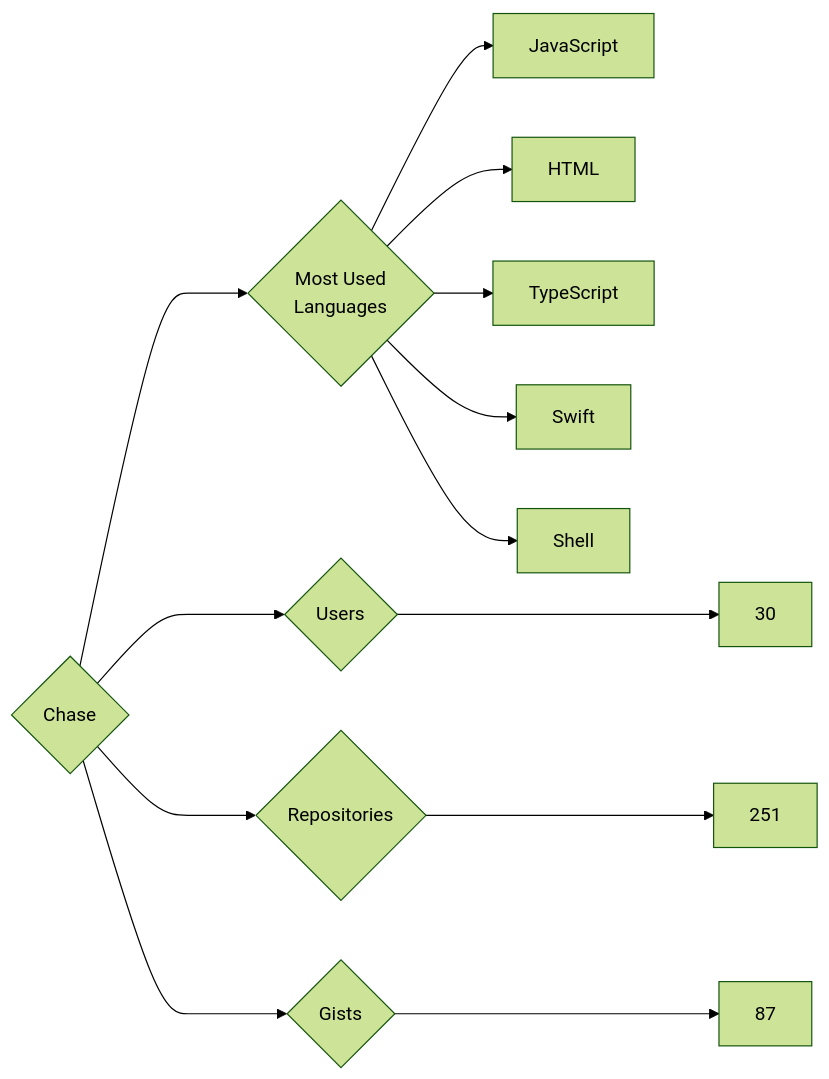
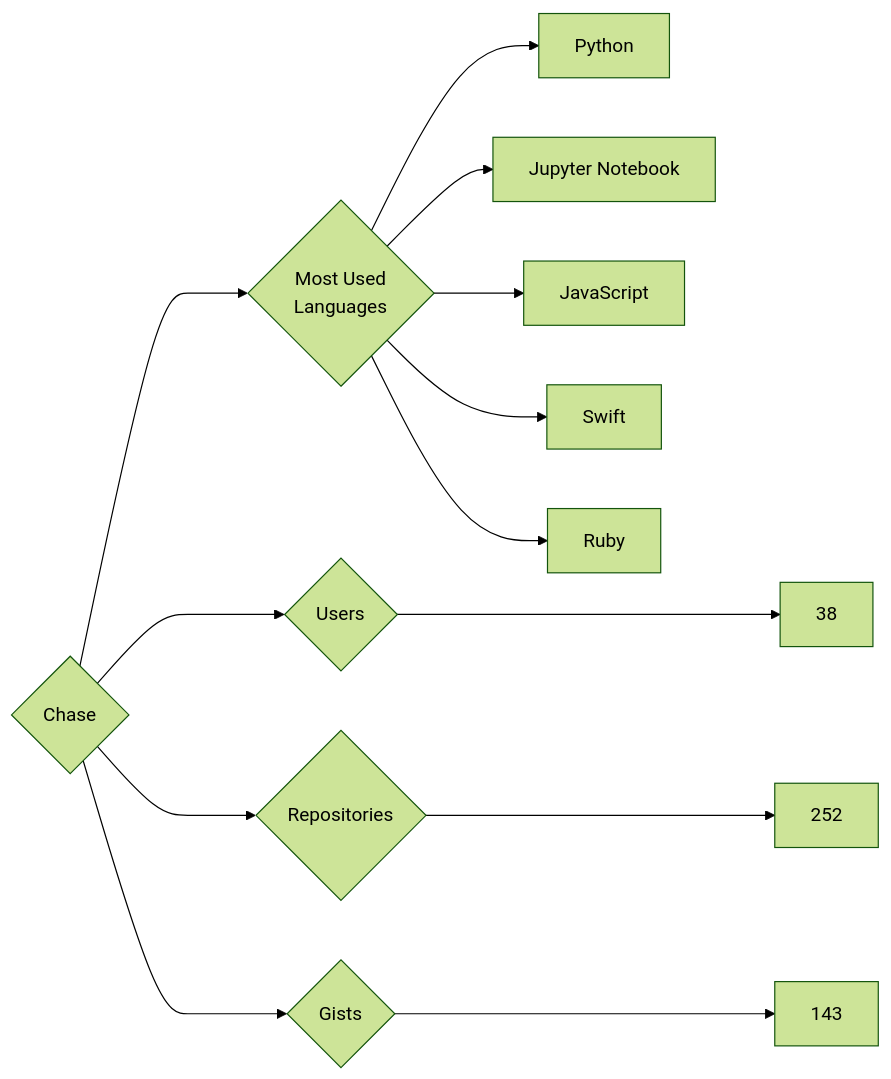
One commit to trickest/insiders changed the diagram in targets/Chase/README.md. Above: the diagram before and after it, drawn with Mermaid (forest theme). The commit also changed 688 other files, not shown here.

````diff
--- a/targets/Chase/README.md
+++ b/targets/Chase/README.md
@@ -3,13 +3,13 @@
 ```mermaid
 graph LR
 COMPANY_NAME{Chase}
-COMPANY_NAME ---> U{Users} ---> UN[30]
-COMPANY_NAME ---> R{Repositories} ---> RN[251]
-COMPANY_NAME ---> G{Gists} ---> GN[87]
+COMPANY_NAME ---> U{Users} ---> UN[38]
+COMPANY_NAME ---> R{Repositories} ---> RN[252]
+COMPANY_NAME ---> G{Gists} ---> GN[143]
 COMPANY_NAME ---> ML{Most Used<br>Languages}
+ML --> Python[Python]
+ML --> Jupyter_Notebook[Jupyter Notebook]
 ML --> JavaScript[JavaScript]
-ML --> HTML[HTML]
-ML --> TypeScript[TypeScript]
 ML --> Swift[Swift]
-ML --> Shell[Shell]
+ML --> Ruby[Ruby]
 ```
````
